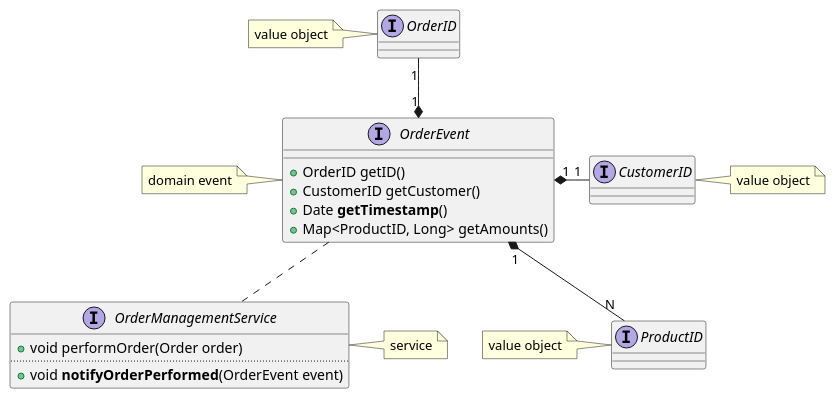
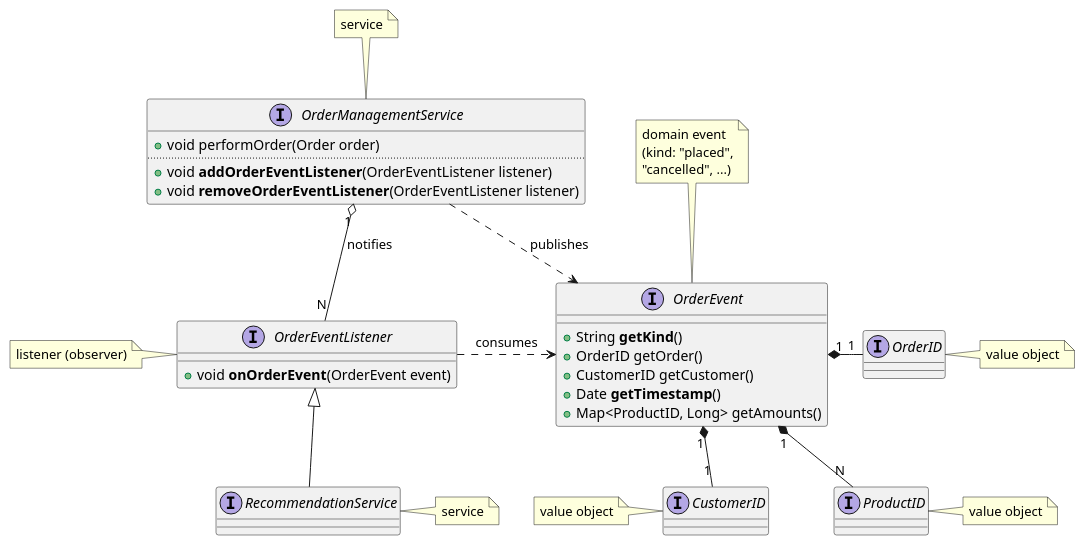
One commit to unibo-spe/spe-slides changed the fifth of 7 diagrams in content/10-ddd/_index.md. Above: the diagram before and after it, drawn with PlantUML. The commit also changed other lines of this file and 1 other file, not shown here.

Commit message:
feat(ddd): services as event prosumers, coherent domain events example
- domain events figure and diagram follow the Order running example
- events are published by OrderManagementService as generic OrderEvent with a kind
- new slide on services producing/consuming events via the observer pattern
- services and domain events diagrams show listener (un)subscription and handling

```diff
--- a/content/10-ddd/_index.md
+++ b/content/10-ddd/_index.md
@@ -841,32 +873,50 @@
 {{< plantuml >}}
 interface OrderManagementService {
     + void performOrder(Order order)
     ..
-    + void **notifyOrderPerformed**(OrderEvent event)
+    + void **addOrderEventListener**(OrderEventListener listener)
+    + void **removeOrderEventListener**(OrderEventListener listener)
 }
 
+interface OrderEventListener {
+    + void **onOrderEvent**(OrderEvent event)
+}
+
+interface RecommendationService
+
 interface OrderEvent {
-    + OrderID getID()
+    + String **getKind**()
+    + OrderID getOrder()
     + CustomerID getCustomer()
     + Date **getTimestamp**()
     + Map<ProductID, Long> getAmounts()
 }
 
 interface OrderID
 
 interface CustomerID
 
 interface ProductID
 
-OrderEvent "1" *-u- "1" OrderID
-OrderEvent "1" *-r- "1" CustomerID
+OrderEvent "1" *-r- "1" OrderID
+OrderEvent "1" *-d- "1" CustomerID
 OrderEvent "1" *-d- "N" ProductID
+OrderID -[hidden]d- ProductID
 
-OrderEvent .. OrderManagementService
+OrderManagementService .r.> OrderEvent: publishes
+OrderEventListener <|-d- RecommendationService
+OrderManagementService "1" o-d- "N" OrderEventListener: notifies
+OrderEventListener .r.> OrderEvent: consumes
 
-note left of OrderEvent: domain event
-note left of OrderID: value object
-note left of ProductID: value object
-note right of CustomerID: value object
-note right of OrderManagementService: service
+note top of OrderEvent
+    domain event
+    (kind: "placed",
+    "cancelled", ...)
+end note
+note right of OrderID: value object
+note right of ProductID: value object
+note left of CustomerID: value object
+note top of OrderManagementService: service
+note right of RecommendationService: service
+note left of OrderEventListener: listener (observer)
 {{< /plantuml >}}
```
